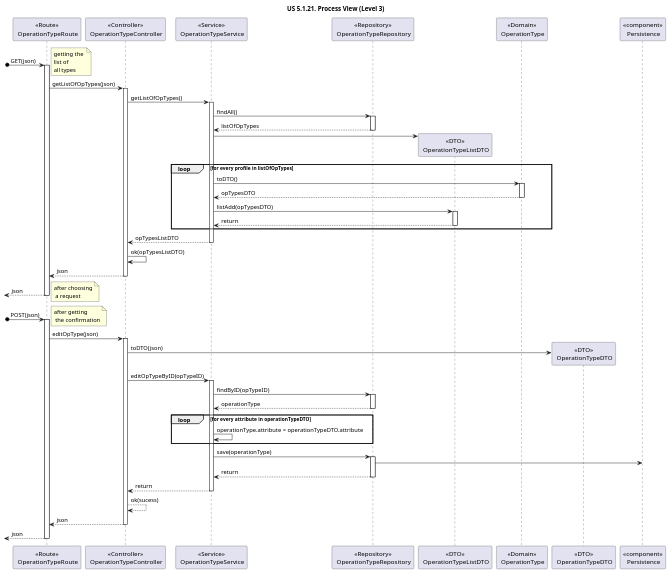
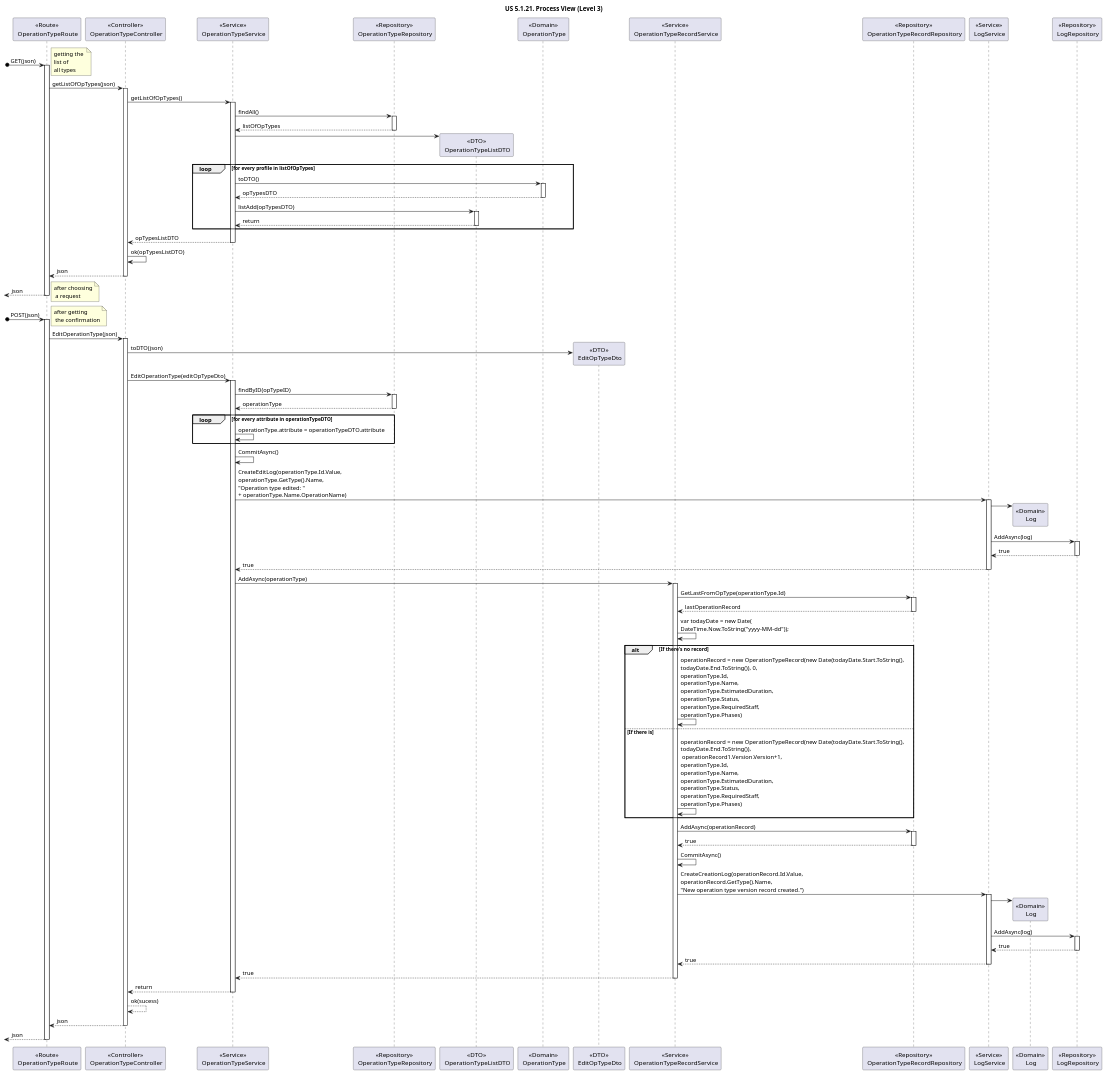
The diagram in docs/sprint-1/1220738/us-5.1.21/Diagrams/Views/process-view-level-3.puml (rita-barbosa/LAPR5-2425), drawn with PlantUML before and after one commit. The commit also changed 2 other files, not shown here.

```diff
--- a/docs/sprint-1/1220738/us-5.1.21/Diagrams/Views/process-view-level-3.puml
+++ b/docs/sprint-1/1220738/us-5.1.21/Diagrams/Views/process-view-level-3.puml
@@ -1,96 +1,146 @@
 @startuml
 title "US 5.1.21. Process View (Level 3)"
 
 participant "<<Route>>\n OperationTypeRoute" as ROUTE
 participant "<<Controller>>\n OperationTypeController" as CONTROL
 participant "<<Service>>\n OperationTypeService" as SERV
 participant "<<Repository>>\n OperationTypeRepository" as REPO
 participant "<<DTO>>\n OperationTypeListDTO" as LISTDTO
 participant "<<Domain>>\n OperationType" as OPTYP
-participant "<<DTO>>\n OperationTypeDTO" as OPRESDTO
-participant "<<component>>\n Persistence" as PERSISTENCE
+participant "<<DTO>>\n EditOpTypeDto" as OPRESDTO
+participant "<<Service>>\n OperationTypeRecordService" as RECORDServ
+participant "<<Repository>>\n OperationTypeRecordRepository" as RECORDRepo
+participant "<<Service>>\n LogService" as LOGServ
+participant "<<Domain>>\n Log" as LOG
+participant "<<Repository>>\n LogRepository" as LOGRepo
 
 [o-> ROUTE : GET(json)
 note right : getting the \nlist of \nall types
 
 Activate ROUTE
 
 ROUTE -> CONTROL : getListOfOpTypes(json)
 
 Activate CONTROL
 
 CONTROL -> SERV : getListOfOpTypes()
 Activate SERV
 
 SERV -> REPO : findAll() 
 Activate REPO
 
 REPO --> SERV : listOfOpTypes
 Deactivate REPO
 
 SERV -> LISTDTO**
 loop for every profile in listOfOpTypes
 SERV -> OPTYP : toDTO()
 activate OPTYP
 OPTYP --> SERV : opTypesDTO
 deactivate OPTYP
 SERV -> LISTDTO : listAdd(opTypesDTO)
 activate LISTDTO
 LISTDTO --> SERV : return
 deactivate LISTDTO
 end
 
 SERV --> CONTROL : opTypesListDTO
 Deactivate SERV
 
 CONTROL -> CONTROL : ok(opTypesListDTO)
 
 CONTROL --> ROUTE : json
 Deactivate CONTROL
 <-- ROUTE : json
 
 Deactivate ROUTE
 
 note right : after choosing\n a request
 
 [o-> ROUTE : POST(json)
 note right : after getting\n the confirmation
 
 Activate ROUTE
 
-ROUTE -> CONTROL : editOpType(json)
+ROUTE -> CONTROL : EditOperationType(json)
 
 Activate CONTROL
 
 CONTROL -> OPRESDTO** : toDTO(json)
 
-CONTROL -> SERV : editOpTypeByID(opTypeID)
+CONTROL -> SERV : EditOperationType(editOpTypeDto)
 Activate SERV
 
 SERV -> REPO : findByID(opTypeID)
 activate REPO
 REPO --> SERV : operationType
 deactivate REPO
 
 loop for every attribute in operationTypeDTO
 SERV -> SERV : operationType.attribute = operationTypeDTO.attribute
 end
 
-SERV -> REPO : save(operationType)
-activate REPO
-REPO -> PERSISTENCE 
-REPO --> SERV : return
-deactivate REPO
+SERV -> SERV : CommitAsync()
+
+SERV -> LOGServ : CreateEditLog(operationType.Id.Value,\noperationType.GetType().Name,\n"Operation type edited: "\n+ operationType.Name.OperationName)
+activate LOGServ 
+LOGServ -> LOG**
+LOGServ -> LOGRepo : AddAsync(log)
+activate LOGRepo
+LOGRepo --> LOGServ : true
+deactivate LOGRepo
+LOGServ --> SERV : true
+deactivate LOGServ
+
+SERV -> RECORDServ : AddAsync(operationType)
+activate RECORDServ
+
+RECORDServ -> RECORDRepo : GetLastFromOpType(operationType.Id)
+activate RECORDRepo
+RECORDRepo --> RECORDServ : lastOperationRecord
+deactivate RECORDRepo
+
+RECORDServ -> RECORDServ : var todayDate = new Date(\nDateTime.Now.ToString("yyyy-MM-dd"));
+
+alt If there's no record
+
+RECORDServ -> RECORDServ : operationRecord = new OperationTypeRecord(new Date(todayDate.Start.ToString(),\ntodayDate.End.ToString()), 0,\noperationType.Id,\noperationType.Name, \noperationType.EstimatedDuration,\noperationType.Status,\noperationType.RequiredStaff,\noperationType.Phases)
+
+else If there is
+
+RECORDServ -> RECORDServ : operationRecord = new OperationTypeRecord(new Date(todayDate.Start.ToString(),\ntodayDate.End.ToString()),\n operationRecord1.Version.Version+1,\noperationType.Id,\noperationType.Name, \noperationType.EstimatedDuration,\noperationType.Status,\noperationType.RequiredStaff,\noperationType.Phases)
+
+end
+
+RECORDServ -> RECORDRepo : AddAsync(operationRecord)
+activate RECORDRepo
+RECORDRepo --> RECORDServ : true
+deactivate RECORDRepo
+
+RECORDServ -> RECORDServ : CommitAsync()
+
+RECORDServ -> LOGServ : CreateCreationLog(operationRecord.Id.Value,\noperationRecord.GetType().Name,\n"New operation type version record created.")
+activate LOGServ 
+LOGServ -> LOG**
+LOGServ -> LOGRepo : AddAsync(log)
+activate LOGRepo
+LOGRepo --> LOGServ : true
+deactivate LOGRepo
+LOGServ --> RECORDServ : true
+deactivate LOGServ
+
+RECORDServ --> SERV : true
+deactivate RECORDServ
 
 SERV --> CONTROL : return
 deactivate SERV
 
 CONTROL --> CONTROL : ok(sucess)
 CONTROL --> ROUTE : json
 deactivate CONTROL
 
 <-- ROUTE : json
 deactivate ROUTE
 
 
 @enduml
```
